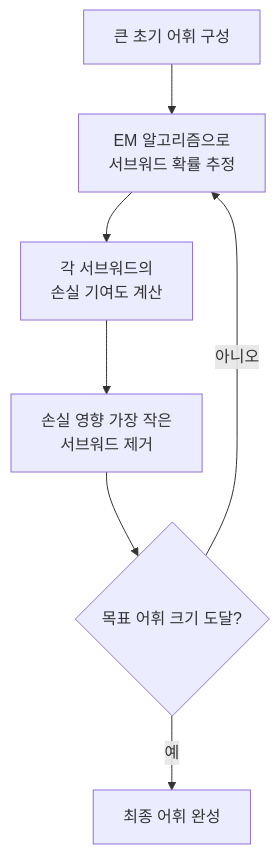
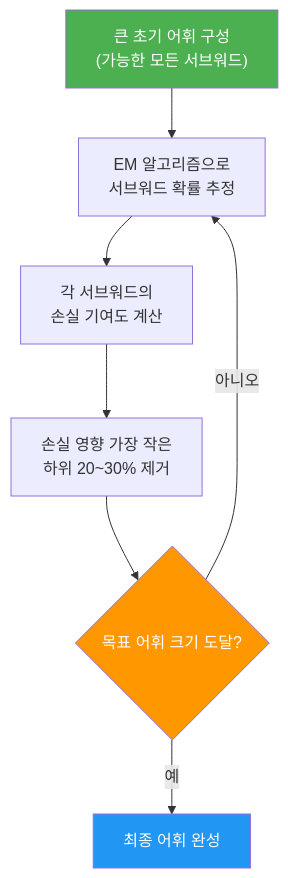
One commit to jsonpassion/forge-tutorial-llm changed the third of 5 diagrams in 15-ch15-서브워드-토크나이제이션/03-03-wordpiece와-unigram.md. Above: the diagram before and after it, drawn with Mermaid. The commit also changed other lines of this file and 5 other files, not shown here.

````diff
--- a/15-ch15-서브워드-토크나이제이션/03-03-wordpiece와-unigram.md
+++ b/15-ch15-서브워드-토크나이제이션/03-03-wordpiece와-unigram.md
@@ -47,9 +315,13 @@
 ```mermaid
 flowchart TD
-    A["큰 초기 어휘 구성"] --> B["EM 알고리즘으로<br/>서브워드 확률 추정"]
+    A["큰 초기 어휘 구성<br/>(가능한 모든 서브워드)"] --> B["EM 알고리즘으로<br/>서브워드 확률 추정"]
     B --> C["각 서브워드의<br/>손실 기여도 계산"]
-    C --> D["손실 영향 가장 작은<br/>서브워드 제거"]
+    C --> D["손실 영향 가장 작은<br/>하위 20~30% 제거"]
     D --> E{"목표 어휘 크기 도달?"}
     E -->|아니오| B
     E -->|예| F["최종 어휘 완성"]
+
+    style A fill:#4CAF50,color:#fff
+    style F fill:#2196F3,color:#fff
+    style E fill:#FF9800,color:#fff
 ```
````
